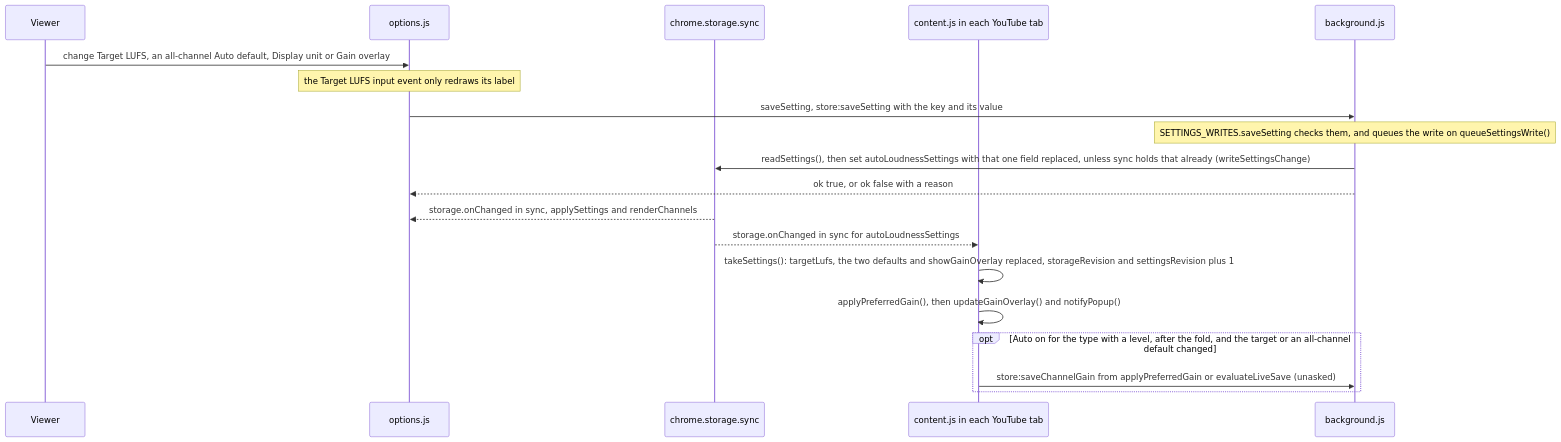
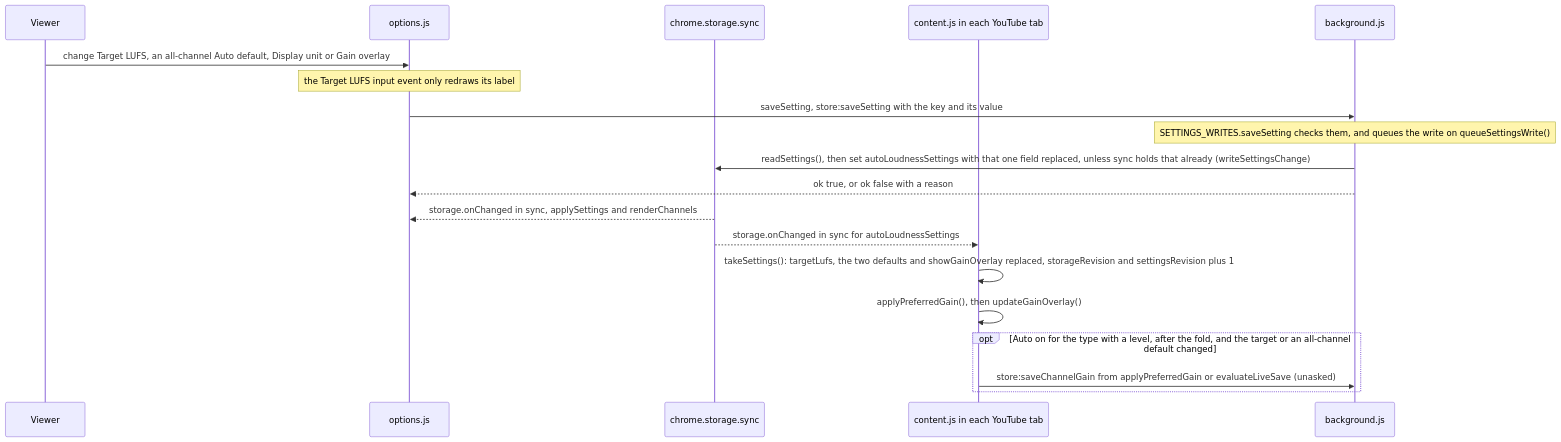
One commit to semnil/yt-channel-volume changed diagram 13 of 14 in docs/gain-change-and-save.md. Above: the diagram before and after it, drawn with Mermaid. The commit also changed other lines of this file and 9 other files, not shown here.

````diff
--- a/docs/gain-change-and-save.md
+++ b/docs/gain-change-and-save.md
@@ -651,21 +650,21 @@
 ```mermaid
 sequenceDiagram
   participant V as Viewer
   participant O as options.js
   participant S as chrome.storage.sync
   participant C as content.js in each YouTube tab
   participant W as background.js
   V->>O: change Target LUFS, an all-channel Auto default, Display unit or Gain overlay
   Note over O: the Target LUFS input event only redraws its label
   O->>W: saveSetting, store:saveSetting with the key and its value
   Note over W: SETTINGS_WRITES.saveSetting checks them, and queues the write on queueSettingsWrite()
   W->>S: readSettings(), then set autoLoudnessSettings with that one field replaced, unless sync holds that already (writeSettingsChange)
   W-->>O: ok true, or ok false with a reason
   S-->>O: storage.onChanged in sync, applySettings and renderChannels
   S-->>C: storage.onChanged in sync for autoLoudnessSettings
   C->>C: takeSettings(): targetLufs, the two defaults and showGainOverlay replaced, storageRevision and settingsRevision plus 1
-  C->>C: applyPreferredGain(), then updateGainOverlay() and notifyPopup()
+  C->>C: applyPreferredGain(), then updateGainOverlay()
   opt Auto on for the type with a level, after the fold, and the target or an all-channel default changed
     C->>W: store:saveChannelGain from applyPreferredGain or evaluateLiveSave (unasked)
   end
 ```
````
